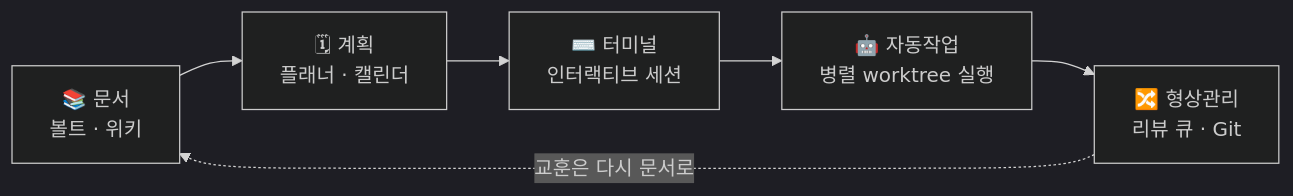
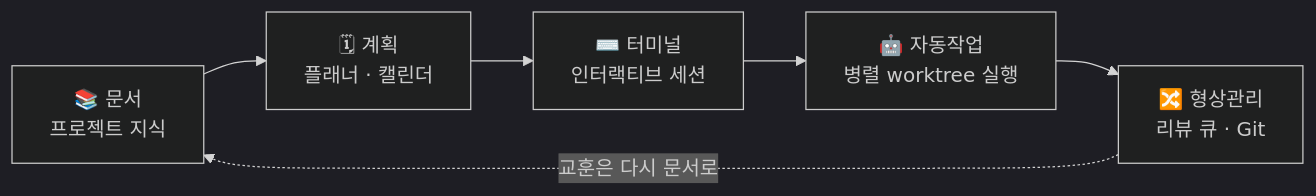
The diagram in README_KR.md (HyperAITeam/CLITrigger), drawn with Mermaid (dark theme) before and after one commit. The commit also changed other lines of this file and 1 other file, not shown here.

````diff
--- a/README_KR.md
+++ b/README_KR.md
@@ -53,8 +53,8 @@
 ```mermaid
 flowchart LR
-    docs["📚 문서<br>볼트 · 위키"] --> plan["🗓 계획<br>플래너 · 캘린더"]
+    docs["📚 문서<br>프로젝트 지식"] --> plan["🗓 계획<br>플래너 · 캘린더"]
     plan --> term["⌨️ 터미널<br>인터랙티브 세션"]
     term --> auto["🤖 자동작업<br>병렬 worktree 실행"]
     auto --> vcs["🔀 형상관리<br>리뷰 큐 · Git"]
     vcs -. 교훈은 다시 문서로 .-> docs
 ```
````
